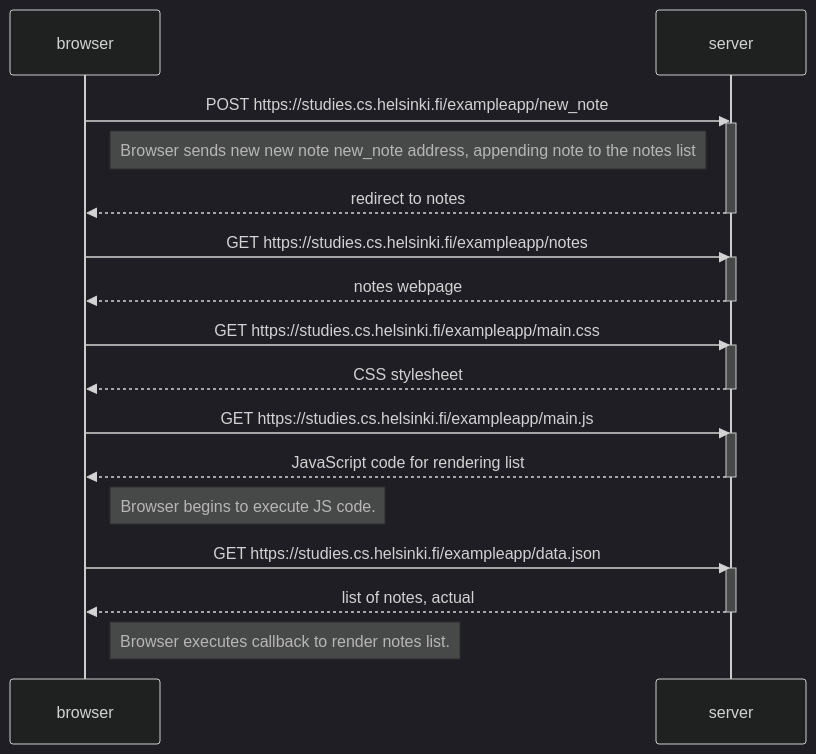
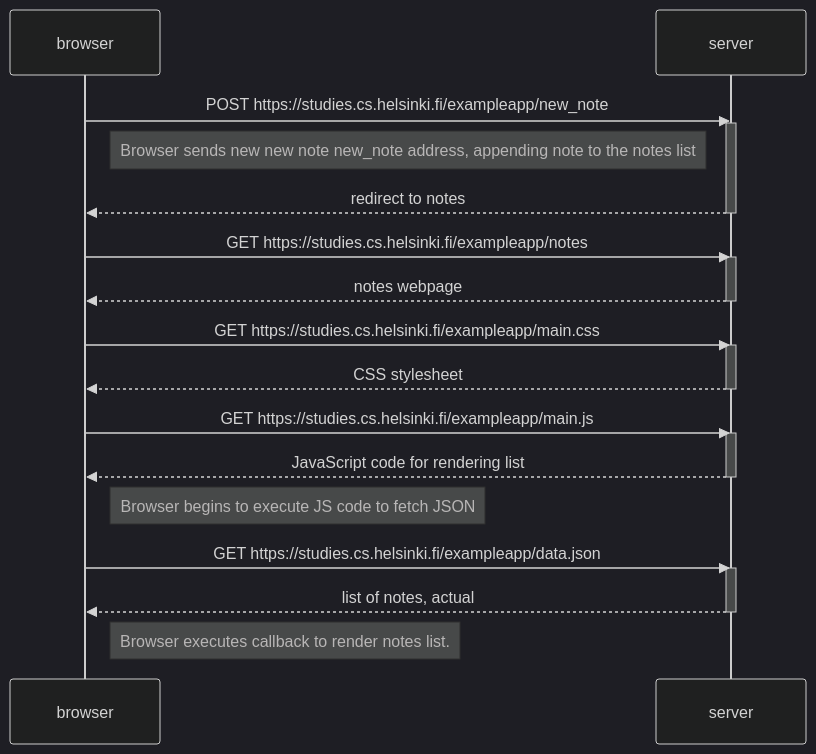
One commit to rogueslime/fullstackopen changed the diagram in part0/0-4-diagram.md. Above: the diagram before and after it, drawn with Mermaid (dark theme). The commit also changed 1 other file, not shown here.

Commit message:
Fixed note for the .js GET

````diff
--- a/part0/0-4-diagram.md
+++ b/part0/0-4-diagram.md
@@ -1,35 +1,35 @@
 ```mermaid
 sequenceDiagram
     participant browser
     participant server
 
     browser->>server: POST https://studies.cs.helsinki.fi/exampleapp/new_note
     activate server
     Note right of browser: Browser sends new new note new_note address, appending note to the notes list
     server-->>browser: redirect to notes
     deactivate server
 
     browser->>server: GET https://studies.cs.helsinki.fi/exampleapp/notes
     activate server
     server-->> browser: notes webpage
     deactivate server
 
     browser->>server: GET https://studies.cs.helsinki.fi/exampleapp/main.css
     activate server
     server-->>browser: CSS stylesheet
     deactivate server
 
     browser->>server: GET https://studies.cs.helsinki.fi/exampleapp/main.js
     activate server
     server-->>browser: JavaScript code for rendering list
     deactivate server
 
-    Note right of browser: Browser begins to execute JS code.
+    Note right of browser: Browser begins to execute JS code to fetch JSON
 
     browser->>server: GET https://studies.cs.helsinki.fi/exampleapp/data.json
     activate server
     server-->>browser: list of notes, actual
     deactivate server
 
     Note right of browser: Browser executes callback to render notes list.
 ```
````
